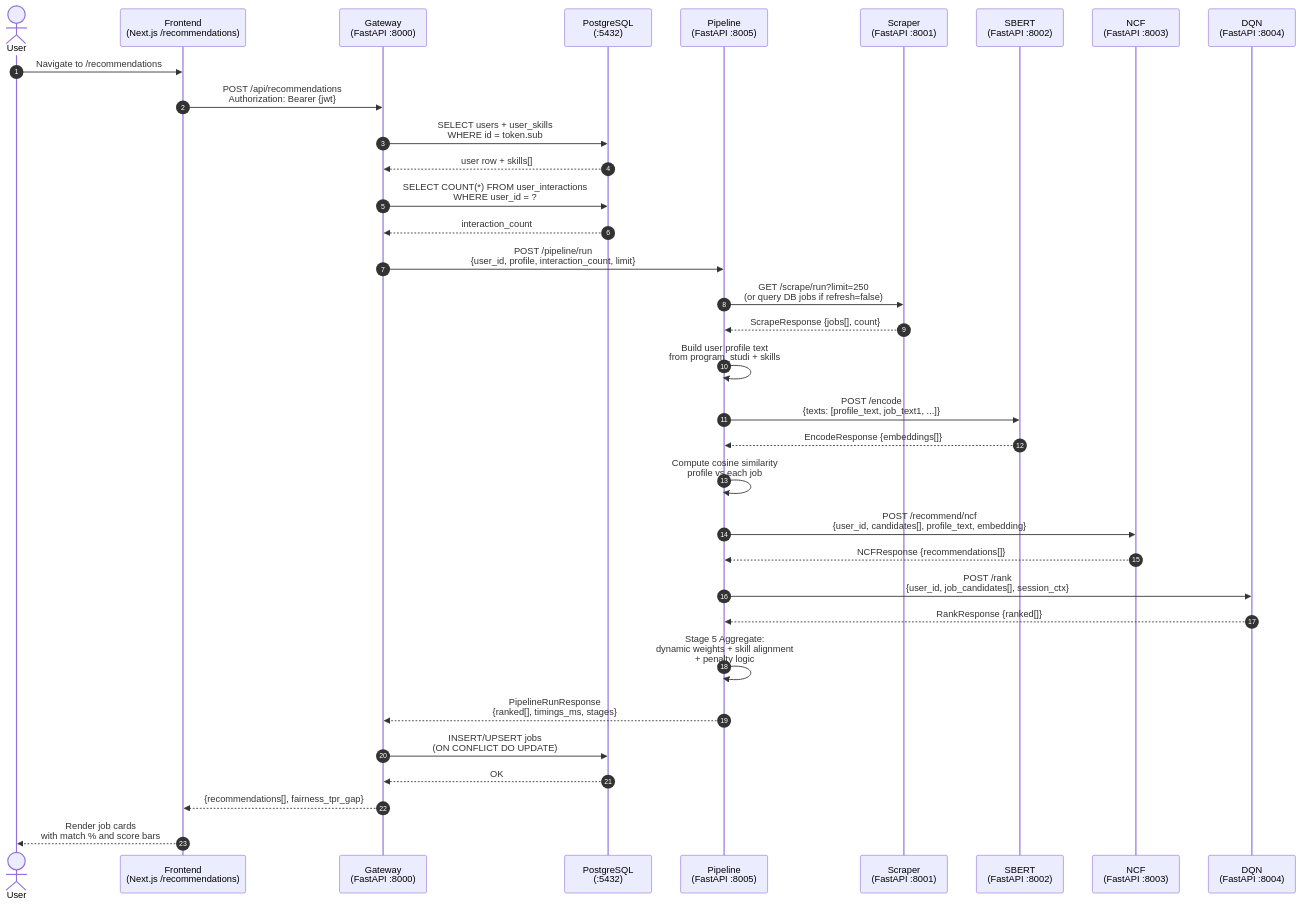
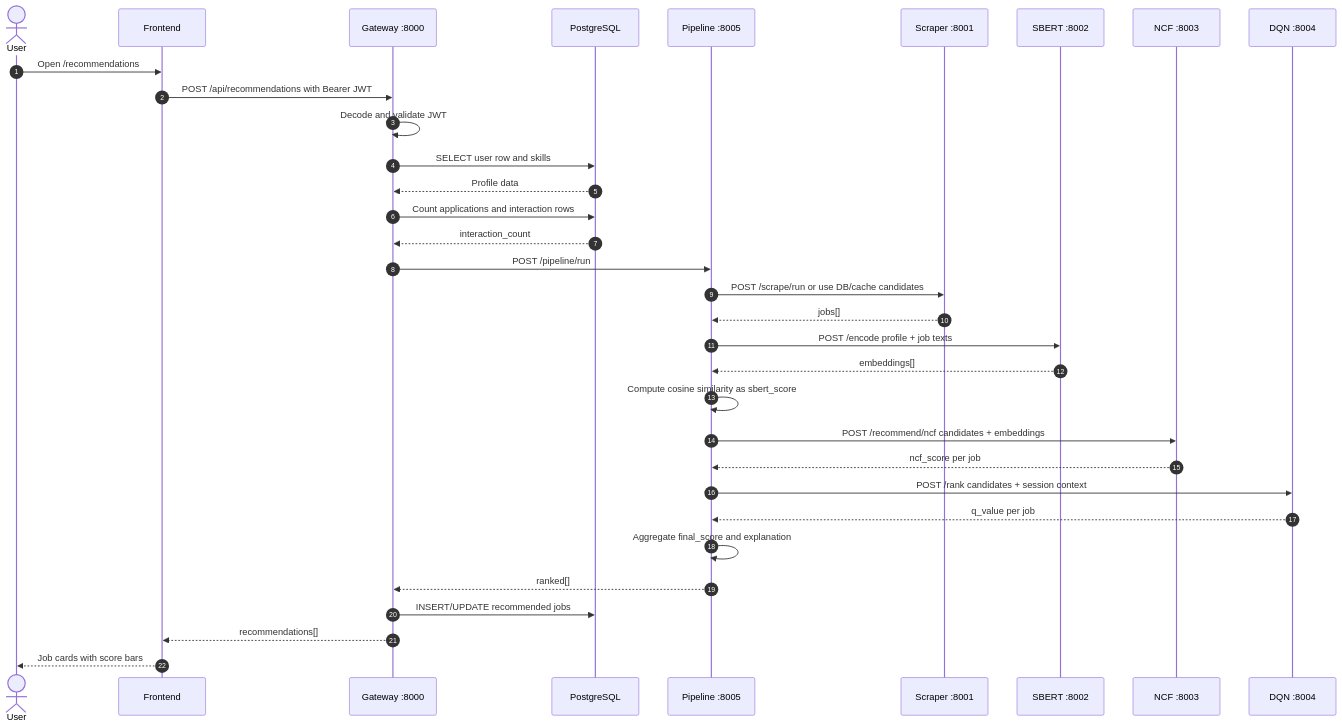
Before and after one commit to zXmill/SCPA-job-advisor: the fourth of 15 diagrams in diagram.md, drawn with Mermaid. The commit also changed other lines of this file and 1 other file, not shown here.

````diff
--- a/diagram.md
+++ b/diagram.md
@@ -179,43 +171,36 @@
 ```mermaid
 sequenceDiagram
     autonumber
     actor User
-    participant FE as Frontend<br/>(Next.js /recommendations)
-    participant GW as Gateway<br/>(FastAPI :8000)
-    participant DB as PostgreSQL<br/>(:5432)
-    participant PL as Pipeline<br/>(FastAPI :8005)
-    participant SC as Scraper<br/>(FastAPI :8001)
-    participant SB as SBERT<br/>(FastAPI :8002)
-    participant NC as NCF<br/>(FastAPI :8003)
-    participant DQ as DQN<br/>(FastAPI :8004)
+    participant FE as Frontend
+    participant GW as Gateway :8000
+    participant DB as PostgreSQL
+    participant PL as Pipeline :8005
+    participant SC as Scraper :8001
+    participant SB as SBERT :8002
+    participant NC as NCF :8003
+    participant DQ as DQN :8004
 
-    User->>FE: Navigate to /recommendations
-    FE->>GW: POST /api/recommendations<br/>Authorization: Bearer {jwt}
-    GW->>DB: SELECT users + user_skills<br/>WHERE id = token.sub
-    DB-->>GW: user row + skills[]
-    GW->>DB: SELECT COUNT(*) FROM user_interactions<br/>WHERE user_id = ?
+    User->>FE: Open /recommendations
+    FE->>GW: POST /api/recommendations with Bearer JWT
+    GW->>GW: Decode and validate JWT
+    GW->>DB: SELECT user row and skills
+    DB-->>GW: Profile data
+    GW->>DB: Count applications and interaction rows
     DB-->>GW: interaction_count
-    GW->>PL: POST /pipeline/run<br/>{user_id, profile, interaction_count, limit}
-
-    PL->>SC: GET /scrape/run?limit=250<br/>(or query DB jobs if refresh=false)
-    SC-->>PL: ScrapeResponse {jobs[], count}
-    PL->>PL: Build user profile text<br/>from program_studi + skills
-
-    PL->>SB: POST /encode<br/>{texts: [profile_text, job_text1, ...]}
-    SB-->>PL: EncodeResponse {embeddings[]}
-    PL->>PL: Compute cosine similarity<br/>profile vs each job
-
-    PL->>NC: POST /recommend/ncf<br/>{user_id, candidates[], profile_text, embedding}
-    NC-->>PL: NCFResponse {recommendations[]}
-
-    PL->>DQ: POST /rank<br/>{user_id, job_candidates[], session_ctx}
-    DQ-->>PL: RankResponse {ranked[]}
-
-    PL->>PL: Stage 5 Aggregate:<br/>dynamic weights + skill alignment<br/>+ penalty logic
-    PL-->>GW: PipelineRunResponse<br/>{ranked[], timings_ms, stages}
-
-    GW->>DB: INSERT/UPSERT jobs<br/>(ON CONFLICT DO UPDATE)
-    DB-->>GW: OK
-    GW-->>FE: {recommendations[], fairness_tpr_gap}
-    FE-->>User: Render job cards<br/>with match % and score bars
+    GW->>PL: POST /pipeline/run
+    PL->>SC: POST /scrape/run or use DB/cache candidates
+    SC-->>PL: jobs[]
+    PL->>SB: POST /encode profile + job texts
+    SB-->>PL: embeddings[]
+    PL->>PL: Compute cosine similarity as sbert_score
+    PL->>NC: POST /recommend/ncf candidates + embeddings
+    NC-->>PL: ncf_score per job
+    PL->>DQ: POST /rank candidates + session context
+    DQ-->>PL: q_value per job
+    PL->>PL: Aggregate final_score and explanation
+    PL-->>GW: ranked[]
+    GW->>DB: INSERT/UPDATE recommended jobs
+    GW-->>FE: recommendations[]
+    FE-->>User: Job cards with score bars
 ```
````
